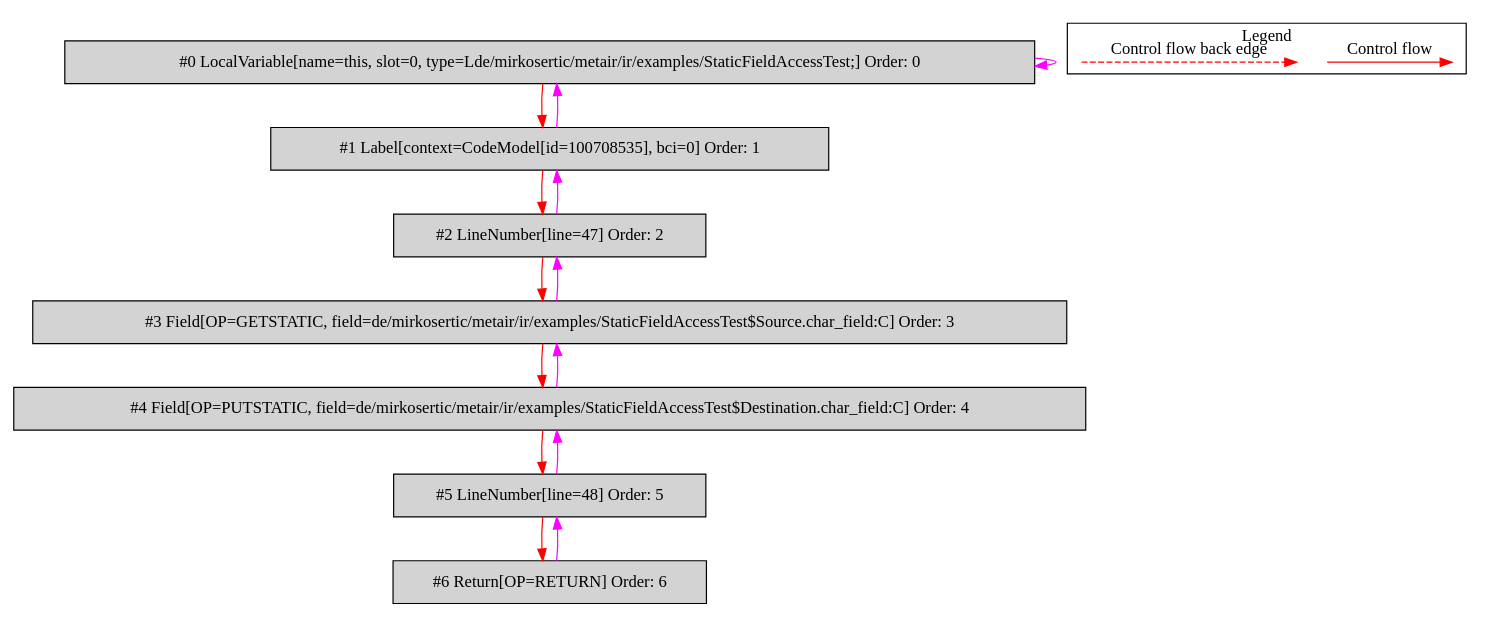
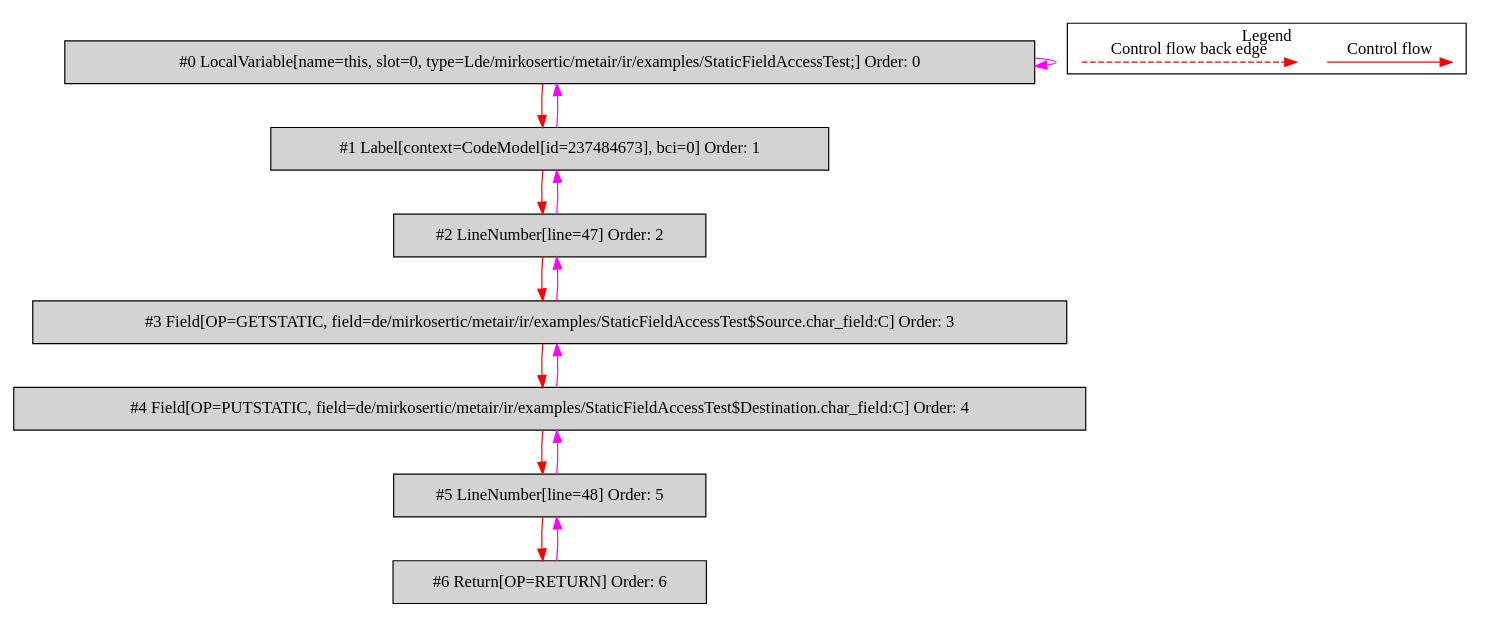
The diagram in de.mirkosertic.metair.ir.examples.StaticFieldAccessTest/copy_char/bytecodecfg.dot (mirkosertic/MetaIR), drawn with Graphviz before and after one commit. The commit also changed 610 other files, not shown here.

```diff
--- a/de.mirkosertic.metair.ir.examples.StaticFieldAccessTest/copy_char/bytecodecfg.dot
+++ b/de.mirkosertic.metair.ir.examples.StaticFieldAccessTest/copy_char/bytecodecfg.dot
@@ -1,37 +1,37 @@
 digraph {
  ordering="in";
  node0[label="#0 LocalVariable[name=this, slot=0, type=Lde/mirkosertic/metair/ir/examples/StaticFieldAccessTest;] Order: 0", shape=box, fillcolor=lightgrey, style=filled];
- node1[label="#1 Label[context=CodeModel[id=100708535], bci=0] Order: 1", shape=box, fillcolor=lightgrey, style=filled];
+ node1[label="#1 Label[context=CodeModel[id=237484673], bci=0] Order: 1", shape=box, fillcolor=lightgrey, style=filled];
  node2[label="#2 LineNumber[line=47] Order: 2", shape=box, fillcolor=lightgrey, style=filled];
  node3[label="#3 Field[OP=GETSTATIC, field=de/mirkosertic/metair/ir/examples/StaticFieldAccessTest$Source.char_field:C] Order: 3", shape=box, fillcolor=lightgrey, style=filled];
  node4[label="#4 Field[OP=PUTSTATIC, field=de/mirkosertic/metair/ir/examples/StaticFieldAccessTest$Destination.char_field:C] Order: 4", shape=box, fillcolor=lightgrey, style=filled];
  node5[label="#5 LineNumber[line=48] Order: 5", shape=box, fillcolor=lightgrey, style=filled];
  node6[label="#6 Return[OP=RETURN] Order: 6", shape=box, fillcolor=lightgrey, style=filled];
  node0 -> node0[color=fuchsia];
  node0 -> node1[color=red];
  node1 -> node0[color=fuchsia];
  node1 -> node2[color=red];
  node2 -> node1[color=fuchsia];
  node2 -> node3[color=red];
  node3 -> node2[color=fuchsia];
  node3 -> node4[color=red];
  node4 -> node3[color=fuchsia];
  node4 -> node5[color=red];
  node5 -> node4[color=fuchsia];
  node5 -> node6[color=red];
  node6 -> node5[color=fuchsia];
  subgraph cluster_000 {
   label = "Legend";
   node [shape=point]
   {
    rank=same;
    c0 [style = invis];
    c1 [style = invis];
    c2 [style = invis];
    c3 [style = invis];
   }
   c0 -> c1 [label="Control flow", style=solid, color=red]
   c2 -> c3 [label="Control flow back edge", style=dashed, color=red]
  }
 
 }
```
